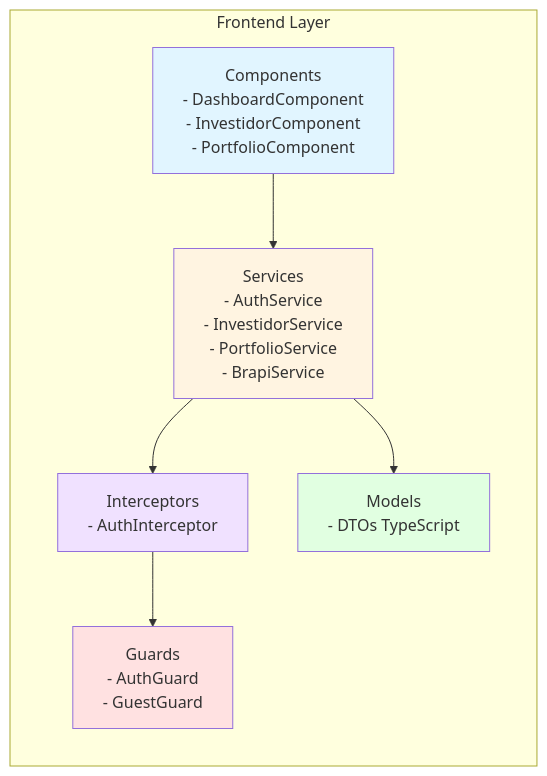
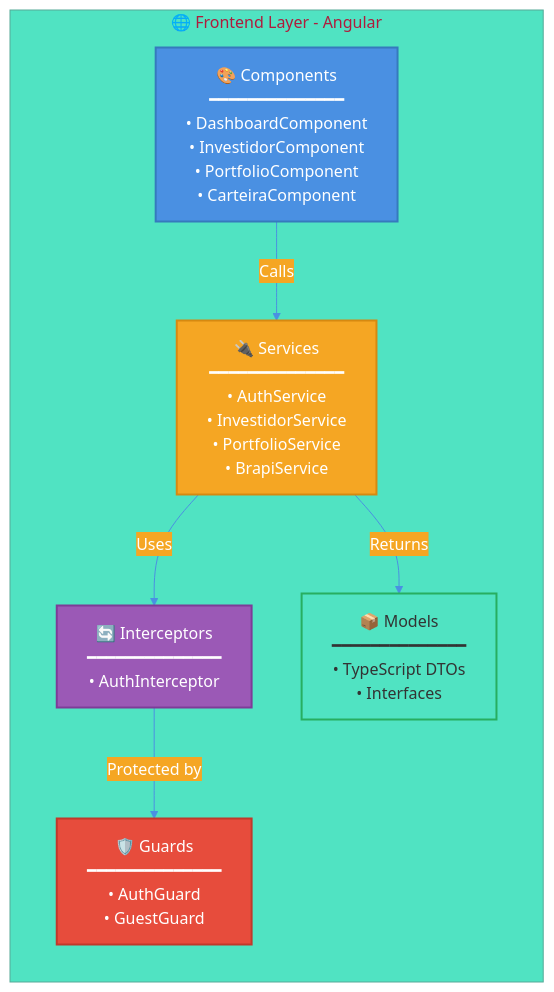
The second of 20 diagrams in DOCUMENTACAO_ARQUITETURA_CAMADAS.md (caiohrmm/TCC-BartoFinance), drawn with Mermaid before and after one commit. The commit also changed other lines of this file, not shown here.

````diff
--- a/DOCUMENTACAO_ARQUITETURA_CAMADAS.md
+++ b/DOCUMENTACAO_ARQUITETURA_CAMADAS.md
@@ -94,21 +106,29 @@
 ```mermaid
+%%{init: {'theme':'base', 'themeVariables': { 'primaryColor':'#4A90E2','primaryTextColor':'#fff','primaryBorderColor':'#357ABD','lineColor':'#4A90E2','secondaryColor':'#F5A623','tertiaryColor':'#50E3C2'}}}%%
 graph LR
-    subgraph FrontendLayer["Frontend Layer"]
-        Components[Components<br/>- DashboardComponent<br/>- InvestidorComponent<br/>- PortfolioComponent]
-        Services[Services<br/>- AuthService<br/>- InvestidorService<br/>- PortfolioService<br/>- BrapiService]
-        Guards[Guards<br/>- AuthGuard<br/>- GuestGuard]
-        Interceptors[Interceptors<br/>- AuthInterceptor]
-        Models[Models<br/>- DTOs TypeScript]
+    subgraph FrontendLayer["🌐 Frontend Layer - Angular"]
+        direction TB
+        Components["🎨 Components<br/>━━━━━━━━━━━━━━<br/>• DashboardComponent<br/>• InvestidorComponent<br/>• PortfolioComponent<br/>• CarteiraComponent"]
+        Services["🔌 Services<br/>━━━━━━━━━━━━━━<br/>• AuthService<br/>• InvestidorService<br/>• PortfolioService<br/>• BrapiService"]
+        Guards["🛡️ Guards<br/>━━━━━━━━━━━━━━<br/>• AuthGuard<br/>• GuestGuard"]
+        Interceptors["🔄 Interceptors<br/>━━━━━━━━━━━━━━<br/>• AuthInterceptor"]
+        Models["📦 Models<br/>━━━━━━━━━━━━━━<br/>• TypeScript DTOs<br/>• Interfaces"]
     end
     
-    Components --> Services
-    Services --> Interceptors
-    Interceptors --> Guards
-    Services --> Models
+    Components -->|"Calls"| Services
+    Services -->|"Uses"| Interceptors
+    Interceptors -->|"Protected by"| Guards
+    Services -->|"Returns"| Models
     
-    style Components fill:#e1f5ff
-    style Services fill:#fff4e1
-    style Guards fill:#ffe1e1
-    style Interceptors fill:#f0e1ff
-    style Models fill:#e1ffe1
+    classDef componentStyle fill:#4A90E2,stroke:#357ABD,stroke-width:2px,color:#fff
+    classDef serviceStyle fill:#F5A623,stroke:#D68910,stroke-width:2px,color:#fff
+    classDef guardStyle fill:#E74C3C,stroke:#C0392B,stroke-width:2px,color:#fff
+    classDef interceptorStyle fill:#9B59B6,stroke:#7D3C98,stroke-width:2px,color:#fff
+    classDef modelStyle fill:#50E3C2,stroke:#27AE60,stroke-width:2px,color:#333
+    
+    class Components componentStyle
+    class Services serviceStyle
+    class Guards guardStyle
+    class Interceptors interceptorStyle
+    class Models modelStyle
 ```
````
